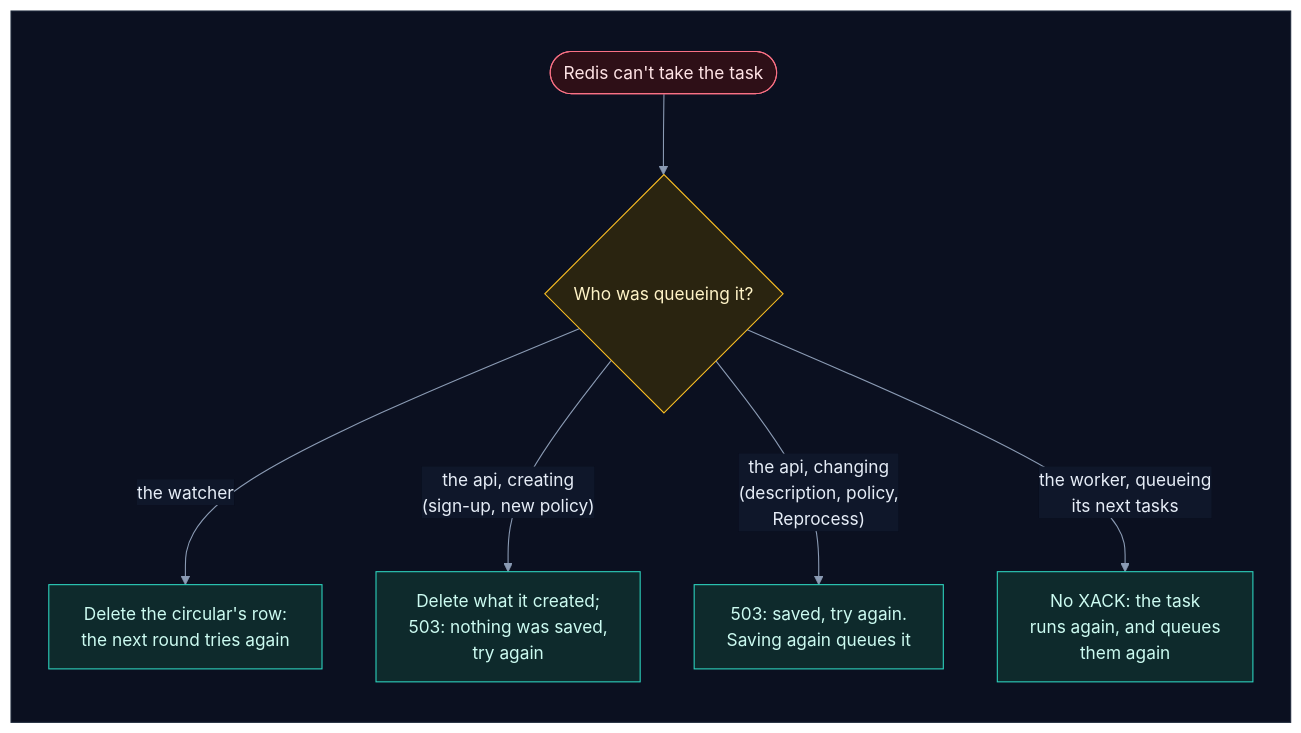
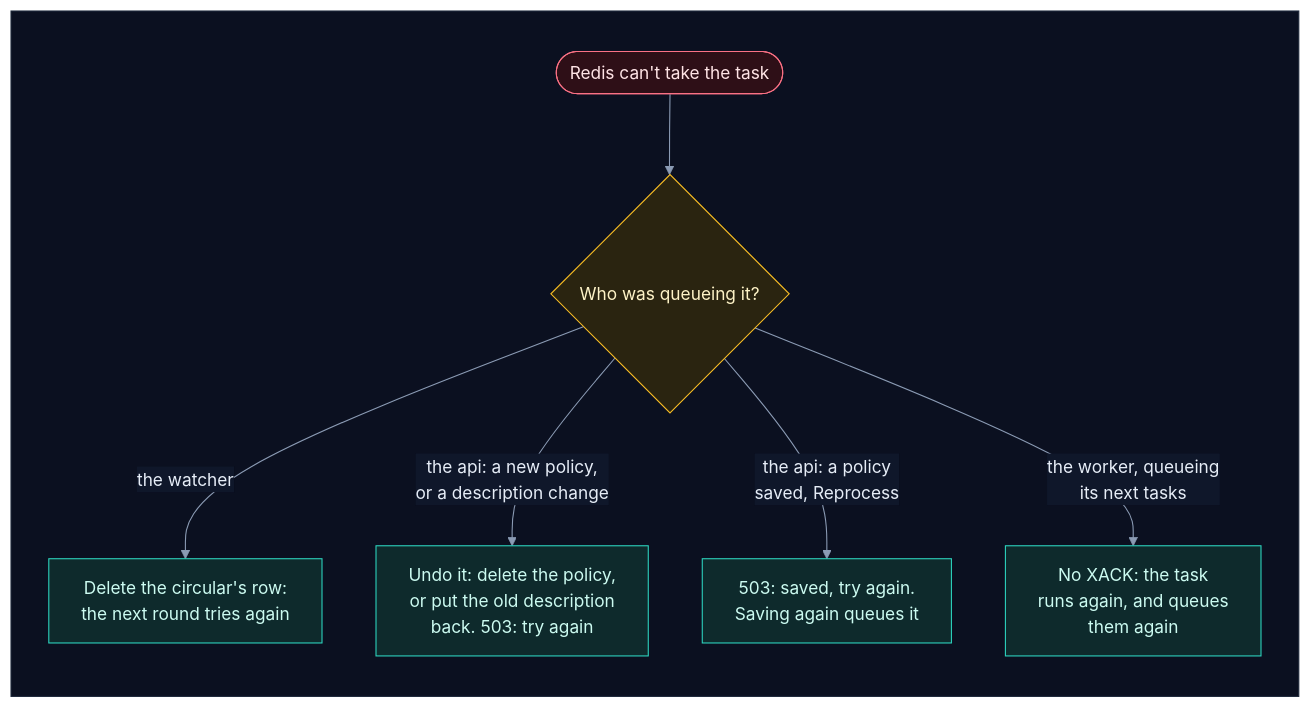
One commit to selvakumarperumal/Regulatory_Circular_Impact_Agent changed diagram 22 of 44 in backend/worker/INTERNALS.md. Above: the diagram before and after it, drawn with Mermaid. The commit also changed other lines of this file and 4 other files, not shown here.

First line of the commit message:
Document that only a description or policy change queues work

````diff
--- a/backend/worker/INTERNALS.md
+++ b/backend/worker/INTERNALS.md
@@ -1239,26 +1264,26 @@
 ```mermaid
 %%{init: {"theme": "base", "flowchart": {"diagramPadding": 0}, "themeVariables": {"darkMode": true, "primaryColor": "#16213a", "primaryTextColor": "#e6edf7", "primaryBorderColor": "#475a7a", "lineColor": "#8b9bb4", "secondaryColor": "#1b2436", "tertiaryColor": "#101a2e", "edgeLabelBackground": "#0f172a", "textColor": "#e2e8f0", "clusterBkg": "#0f1728", "clusterBorder": "#2b3a55", "titleColor": "#c4b5fd", "nodeTextColor": "#e6edf7"}}}%%
 flowchart TD
     subgraph canvas[" "]
         direction TB
         e(["Redis can't take the task"]) --> who{"Who was queueing it?"}
         who -->|"the watcher"| wa["Delete the circular's row:<br/>the next round tries again"]
-        who -->|"the api, creating<br/>(sign-up, new policy)"| ac["Delete what it created;<br/>503: nothing was saved,<br/>try again"]
-        who -->|"the api, changing<br/>(description, policy,<br/>Reprocess)"| ae["503: saved, try again.<br/>Saving again queues it"]
+        who -->|"the api: a new policy,<br/>or a description change"| ac["Undo it: delete the policy,<br/>or put the old description<br/>back. 503: try again"]
+        who -->|"the api: a policy<br/>saved, Reprocess"| ae["503: saved, try again.<br/>Saving again queues it"]
         who -->|"the worker, queueing<br/>its next tasks"| wo["No XACK: the task<br/>runs again, and queues<br/>them again"]
     end
     classDef svc fill:#0e2a2c,stroke:#2dd4bf,color:#ccfbf1
     classDef data fill:#1c1a47,stroke:#818cf8,color:#e0e7ff
     classDef ext fill:#2a1640,stroke:#c084fc,color:#f3e8ff
     classDef gpu fill:#2d1b0c,stroke:#fb923c,color:#ffedd5
     classDef ask fill:#2a2410,stroke:#fbbf24,color:#fef3c7
     classDef ok fill:#0b2a1c,stroke:#34d399,color:#d1fae5
     classDef bad fill:#2e0f17,stroke:#fb7185,color:#ffe4e6
     classDef start fill:#1c2a0e,stroke:#a7ef6f,color:#ecfccb
     classDef muted fill:#1a2130,stroke:#64748b,color:#cbd5e1
     classDef queue fill:#0c2231,stroke:#38bdf8,color:#e0f2fe
     class e bad
     class who ask
     class wa,ac,ae,wo svc
     style canvas fill:#0b1020,stroke:#1e293b,color:#0b1020
 ```
````
